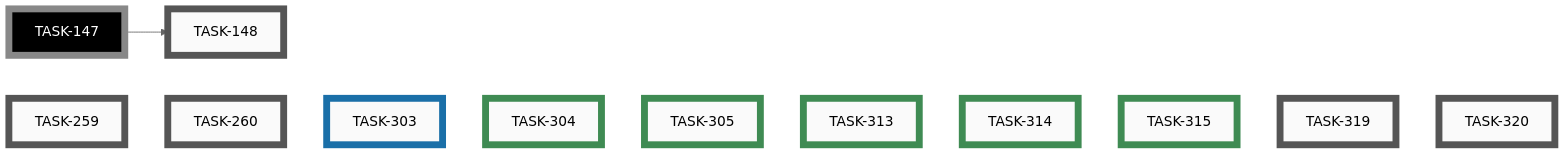
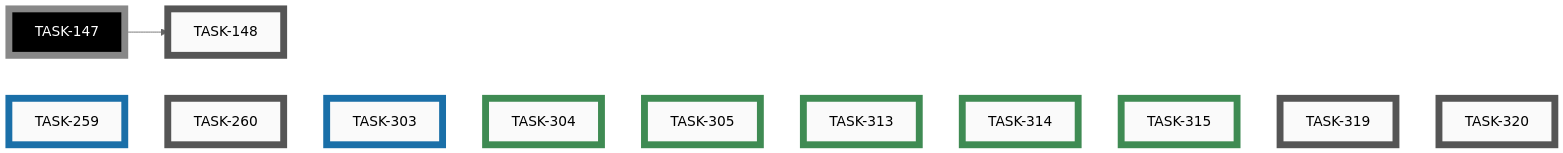
Before and after one commit to tgd1975/AwesomeStudioPedal: the seventh of 7 diagrams in docs/developers/tasks/EPICS.md, drawn with Mermaid (neutral theme). The commit also changed other lines of this file and 4 other files, not shown here.

````diff
--- a/docs/developers/tasks/EPICS.md
+++ b/docs/developers/tasks/EPICS.md
@@ -242,36 +242,36 @@
 ```mermaid
 graph LR
     TASK_148["TASK-148"]:::open
-    TASK_259["TASK-259"]:::open
     TASK_260["TASK-260"]:::open
     TASK_319["TASK-319"]:::open
     TASK_320["TASK-320"]:::open
+    TASK_259["TASK-259"]:::active
     TASK_303["TASK-303"]:::active
     TASK_304["TASK-304"]:::closed
     TASK_305["TASK-305"]:::closed
     TASK_313["TASK-313"]:::closed
     TASK_314["TASK-314"]:::closed
     TASK_315["TASK-315"]:::closed
     TASK_147["TASK-147"]:::openExt
     TASK_147 --> TASK_148
     TASK_259 ~~~ TASK_260 ~~~ TASK_303 ~~~ TASK_304 ~~~ TASK_305 ~~~ TASK_313 ~~~ TASK_314 ~~~ TASK_315 ~~~ TASK_319 ~~~ TASK_320
     click TASK_148 "open/task-148-reorganise-developer-documentation.md"
-    click TASK_259 "open/task-259-android-app-test-protocol.md"
     click TASK_260 "open/task-260-unify-version-numbers-across-deliverables.md"
     click TASK_319 "open/task-319-remove-wireviz-precommit-block.md"
     click TASK_320 "open/task-320-remove-ble-flag-precommit-check.md"
+    click TASK_259 "active/task-259-android-app-test-protocol.md"
     click TASK_303 "active/task-303-simulator-boots-with-demo-loaded.md"
     click TASK_304 "closed/task-304-simulator-button-no-hover-reaction.md"
     click TASK_305 "closed/task-305-add-category-field-to-ideas.md"
     click TASK_313 "closed/task-313-emoji-icons-for-idea-categories.md"
     click TASK_314 "closed/task-314-nbsp-between-icon-and-category.md"
     click TASK_315 "closed/task-315-idea-sub-file-naming-convention.md"
     classDef open    fill:#FAFAFA,stroke:#555,stroke-width:8px,color:#000
     classDef active  fill:#FAFAFA,stroke:#1A6FA8,stroke-width:8px,color:#000
     classDef closed  fill:#FAFAFA,stroke:#3F8B53,stroke-width:8px,color:#000
     classDef paused  fill:#FAFAFA,stroke:#B07810,stroke-width:8px,color:#000
     classDef openExt    fill:#000,stroke:#888,stroke-width:8px,color:#FFF
     classDef activeExt  fill:#000,stroke:#3FA9F5,stroke-width:8px,color:#FFF
     classDef closedExt  fill:#000,stroke:#7CC68A,stroke-width:8px,color:#FFF
     classDef pausedExt  fill:#000,stroke:#F0B030,stroke-width:8px,color:#FFF
 ```
````
